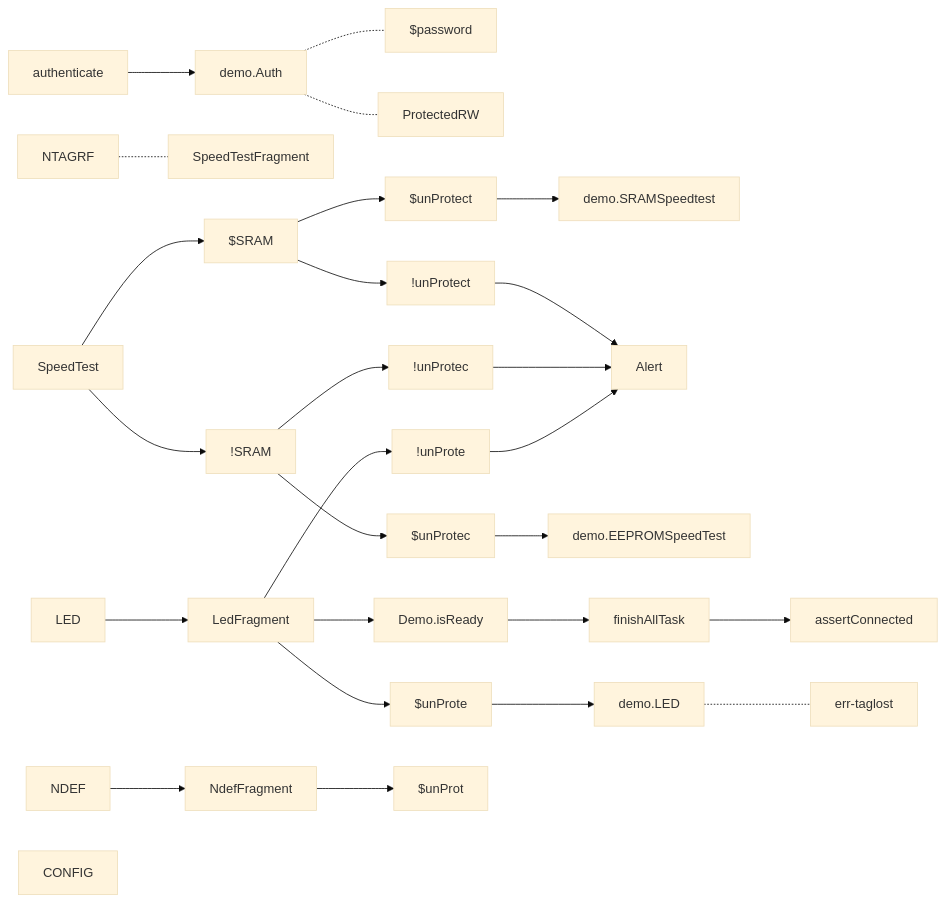
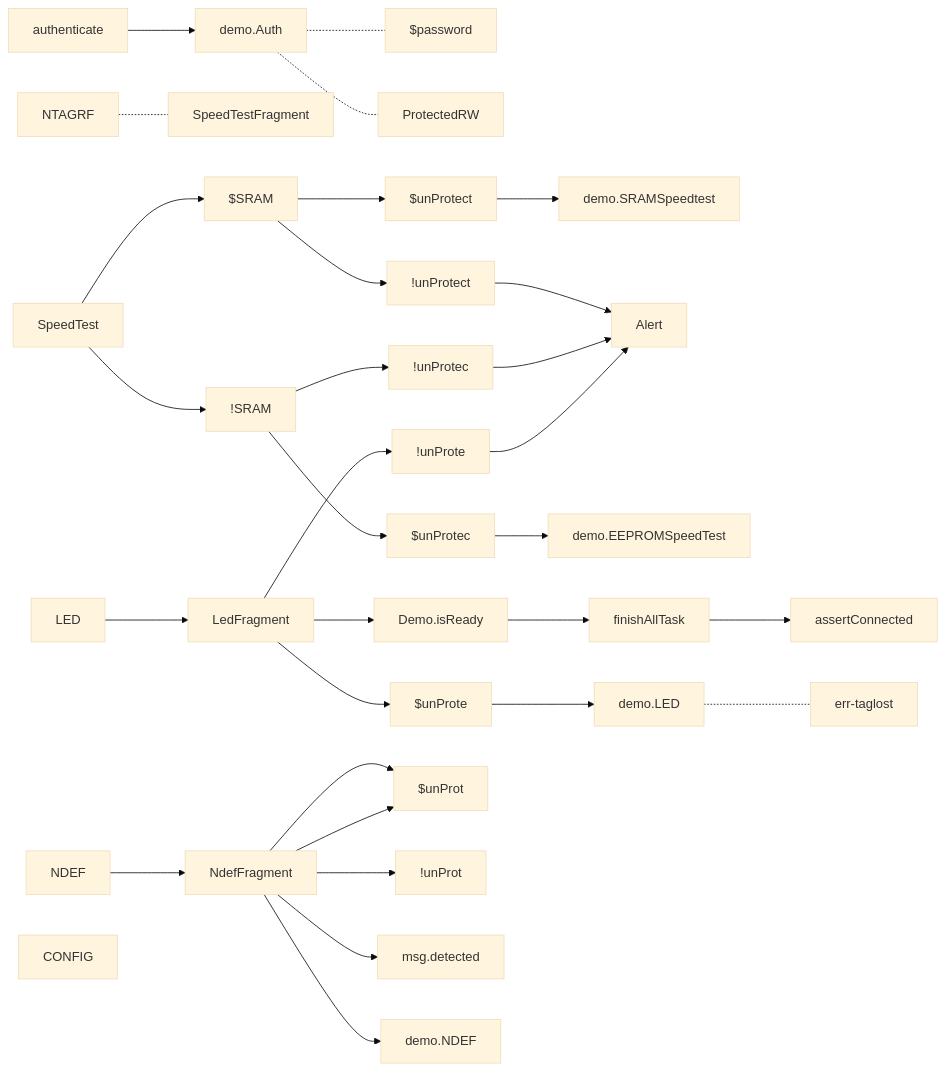
One commit to gordianknotC/nxp_note changed the fifth of 5 diagrams in nxp/MainActivity.md. Above: the diagram before and after it, drawn with Mermaid (base theme). The commit also changed other lines of this file, not shown here.

Commit message:
nxp/MainActivity.md updated from https://stackedit.io/

````diff
--- a/nxp/MainActivity.md
+++ b/nxp/MainActivity.md
@@ -56,42 +56,46 @@
 ```mermaid
 graph LR
 authenticate --> demo.Auth
 demo.Auth -.- $password
 demo.Auth -.- ProtectedRW
 
 
 
 NTAGRF -.- SpeedTestFragment
 SpeedTest --> $SRAM
 SpeedTest --> !SRAM
 $SRAM --> $unProtect
 $SRAM --> !unProtect
 $unProtect--> demo.SRAMSpeedtest
 !unProtect--> Alert
 !SRAM --> $unProtec
 !SRAM --> !unProtec
 $unProtec --> demo.EEPROMSpeedTest
 !unProtec --> Alert
 
 
 LED --> LedFragment
 LedFragment --> Demo.isReady
 Demo.isReady --> finishAllTask
 finishAllTask --> assertConnected
 LedFragment --> $unProte
 LedFragment --> !unProte
 $unProte --> demo.LED
 demo.LED -.- err-taglost
 !unProte --> Alert
 
 
 NDEF --> NdefFragment
+NdefFragment --> $unProt
+NdefFragment --> !unProt
 
+NdefFragment --> msg.detected
+NdefFragment --> demo.NDEF
 
 
 NdefFragment --> $unProt
 
 
 
 CONFIG
 ```
````
